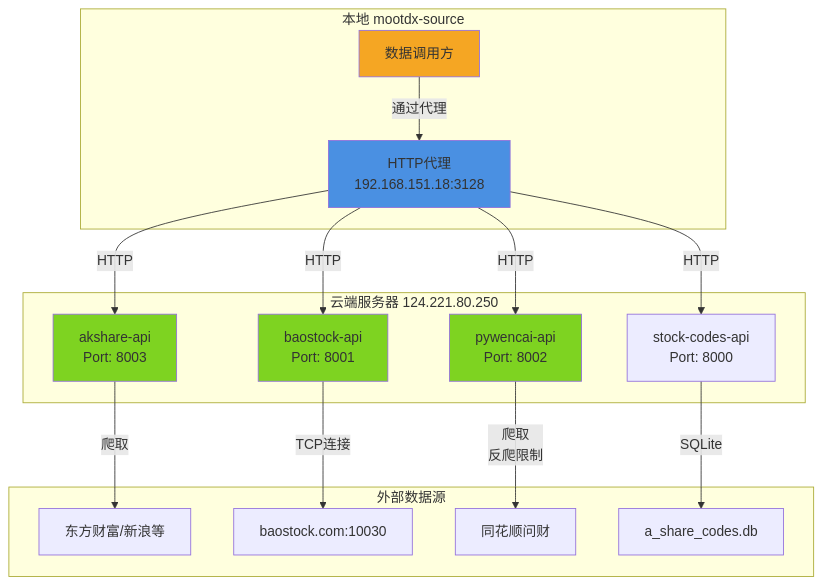
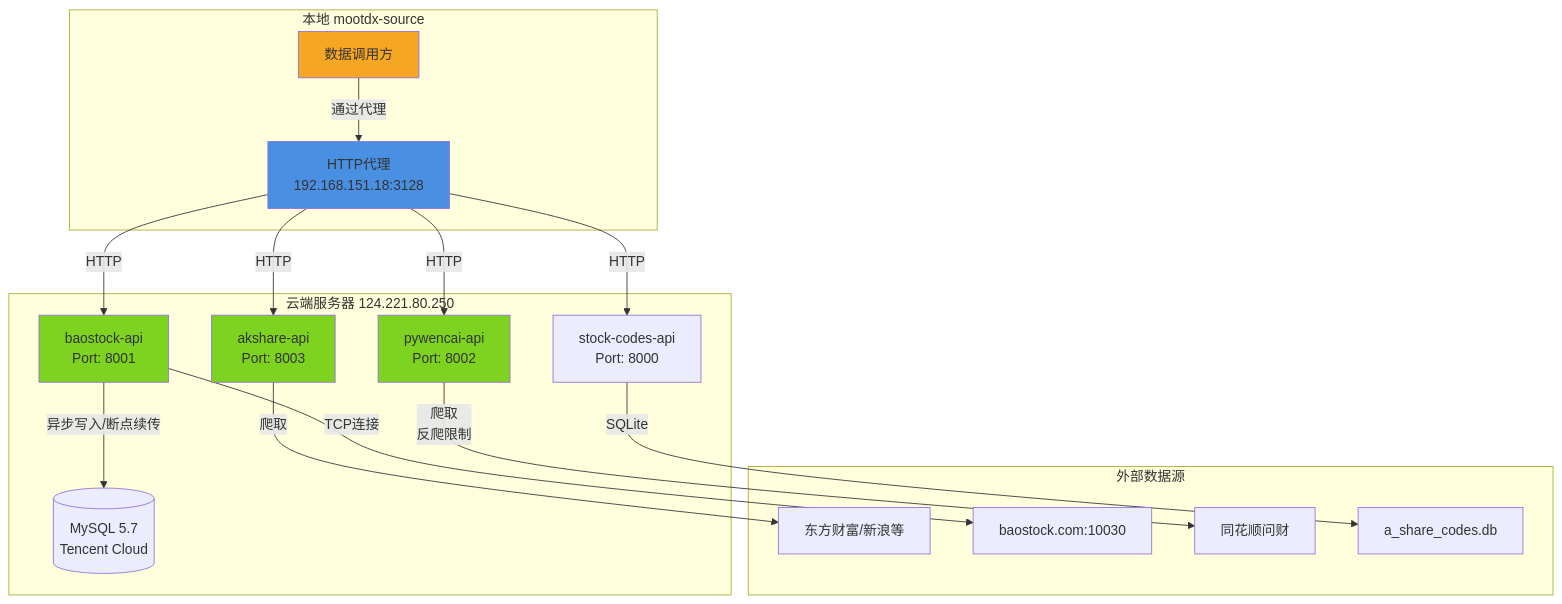
Before and after one commit to bxgh/microservice-stock: the first of 2 diagrams in docs/architecture/架构设计.md, drawn with Mermaid. The commit also changed other lines of this file and 2 other files, not shown here.

````diff
--- a/docs/architecture/架构设计.md
+++ b/docs/architecture/架构设计.md
@@ -17,38 +17,40 @@
 ```mermaid
 graph TB
     subgraph Local["本地 mootdx-source"]
         Client[数据调用方]
         Proxy[HTTP代理<br/>192.168.151.18:3128]
     end
     
     subgraph Cloud["云端服务器 124.221.80.250"]
         StockCodes[stock-codes-api<br/>Port: 8000]
         BaoStock[baostock-api<br/>Port: 8001]
         PyWencai[pywencai-api<br/>Port: 8002]
         AkShare[akshare-api<br/>Port: 8003]
+        MySQL[(MySQL 5.7<br/>Tencent Cloud)]
     end
     
     subgraph DataSource["外部数据源"]
         AkShareData[东方财富/新浪等]
         BaoStockData[baostock.com:10030]
         WencaiData[同花顺问财]
         LocalDB[a_share_codes.db]
     end
     
     Client -->|通过代理| Proxy
     Proxy -->|HTTP| StockCodes
     Proxy -->|HTTP| BaoStock
     Proxy -->|HTTP| PyWencai
     Proxy -->|HTTP| AkShare
     
     StockCodes -->|SQLite| LocalDB
     AkShare -->|爬取| AkShareData
     BaoStock -->|TCP连接| BaoStockData
+    BaoStock -->|异步写入/断点续传| MySQL
     PyWencai -->|爬取<br/>反爬限制| WencaiData
 
     style AkShare fill:#7ed321
     style BaoStock fill:#7ed321
     style PyWencai fill:#7ed321
     style Proxy fill:#4a90e2
     style Client fill:#f5a623
 ```
````
